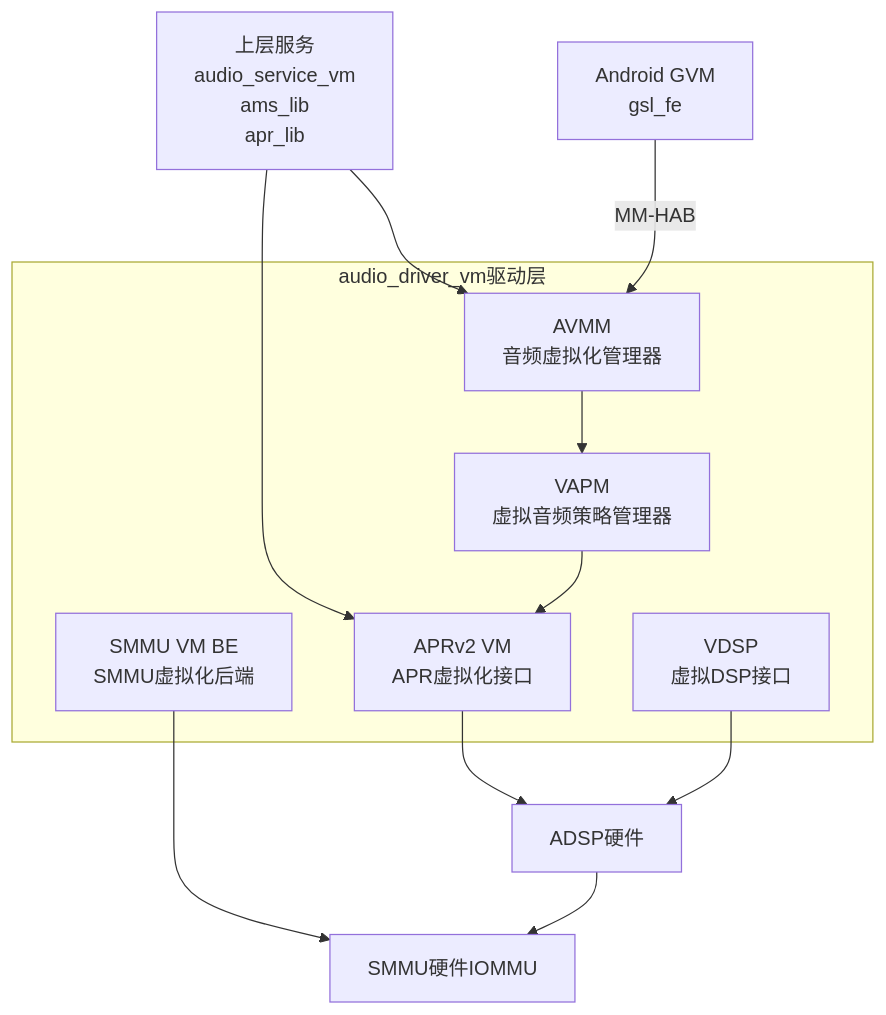
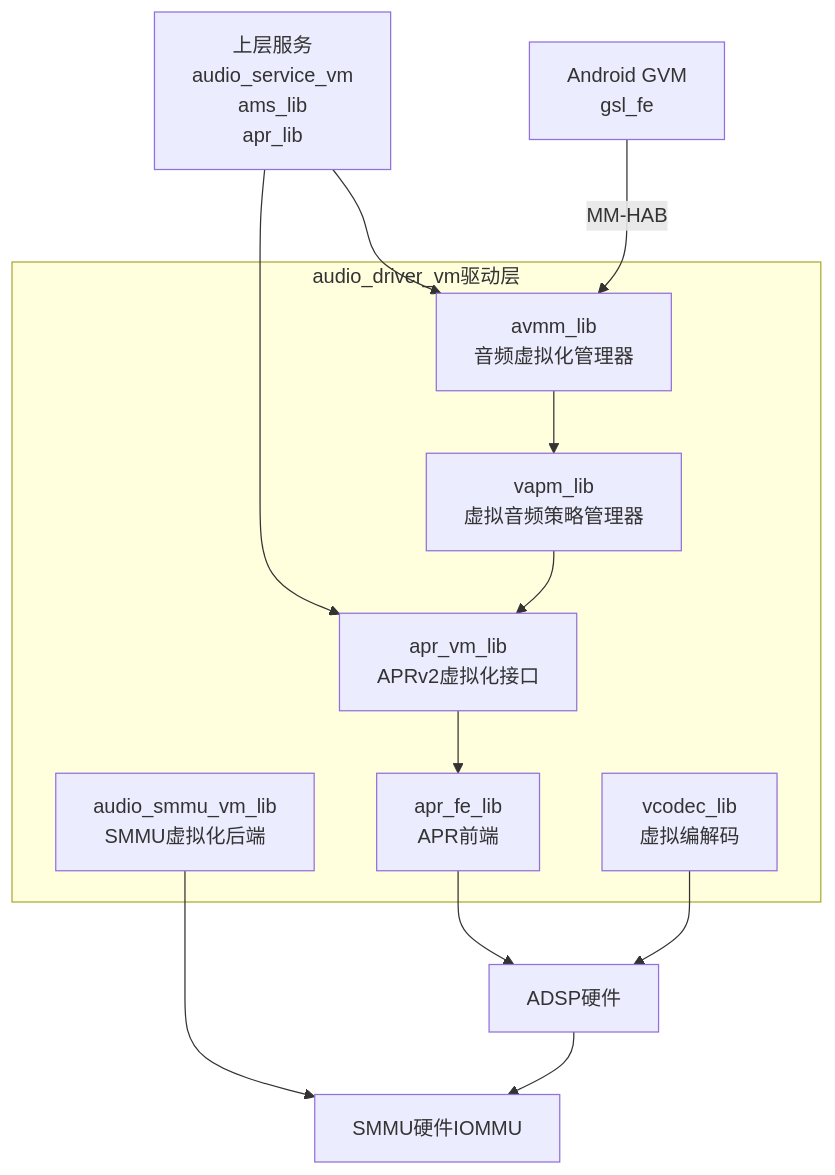
One commit to yanglinzhen1022/SA8295_AAOS_QNX_Audio_KnowledgeBase changed the sixth of 8 diagrams in 16_Vendor_QNX_Architecture/16_16.15_常见问题与解答Q&A.md. Above: the diagram before and after it, drawn with Mermaid. The commit also changed other lines of this file and 48 other files, not shown here.

````diff
--- a/16_Vendor_QNX_Architecture/16_16.15_常见问题与解答Q&A.md
+++ b/16_Vendor_QNX_Architecture/16_16.15_常见问题与解答Q&A.md
@@ -1024,21 +1054,23 @@
 ```mermaid
 graph TB
     subgraph audio_driver_vm[audio_driver_vm驱动层]
-        AVMM[AVMM<br/>音频虚拟化管理器]
-        VAPM[VAPM<br/>虚拟音频策略管理器]
-        APRV2[APRv2 VM<br/>APR虚拟化接口]
-        VDSP[VDSP<br/>虚拟DSP接口]
-        SMMU[SMMU VM BE<br/>SMMU虚拟化后端]
+        AVMM[avmm_lib<br/>音频虚拟化管理器]
+        VAPM[vapm_lib<br/>虚拟音频策略管理器]
+        APRV2[apr_vm_lib<br/>APRv2虚拟化接口]
+        APRFE[apr_fe_lib<br/>APR前端]
+        VCODEC[vcodec_lib<br/>虚拟编解码]
+        SMMU[audio_smmu_vm_lib<br/>SMMU虚拟化后端]
     end
     
     UPPER[上层服务<br/>audio_service_vm<br/>ams_lib<br/>apr_lib] --> AVMM
     UPPER --> APRV2
     AVMM --> VAPM
     VAPM --> APRV2
-    APRV2 --> ADSP[ADSP硬件]
-    VDSP --> ADSP
+    APRV2 --> APRFE
+    APRFE --> ADSP[ADSP硬件]
+    VCODEC --> ADSP
     SMMU --> SMMU_HW[SMMU硬件IOMMU]
     ADSP --> SMMU_HW
     
     GVM[Android GVM<br/>gsl_fe] -->|MM-HAB| AVMM
 ```
````
